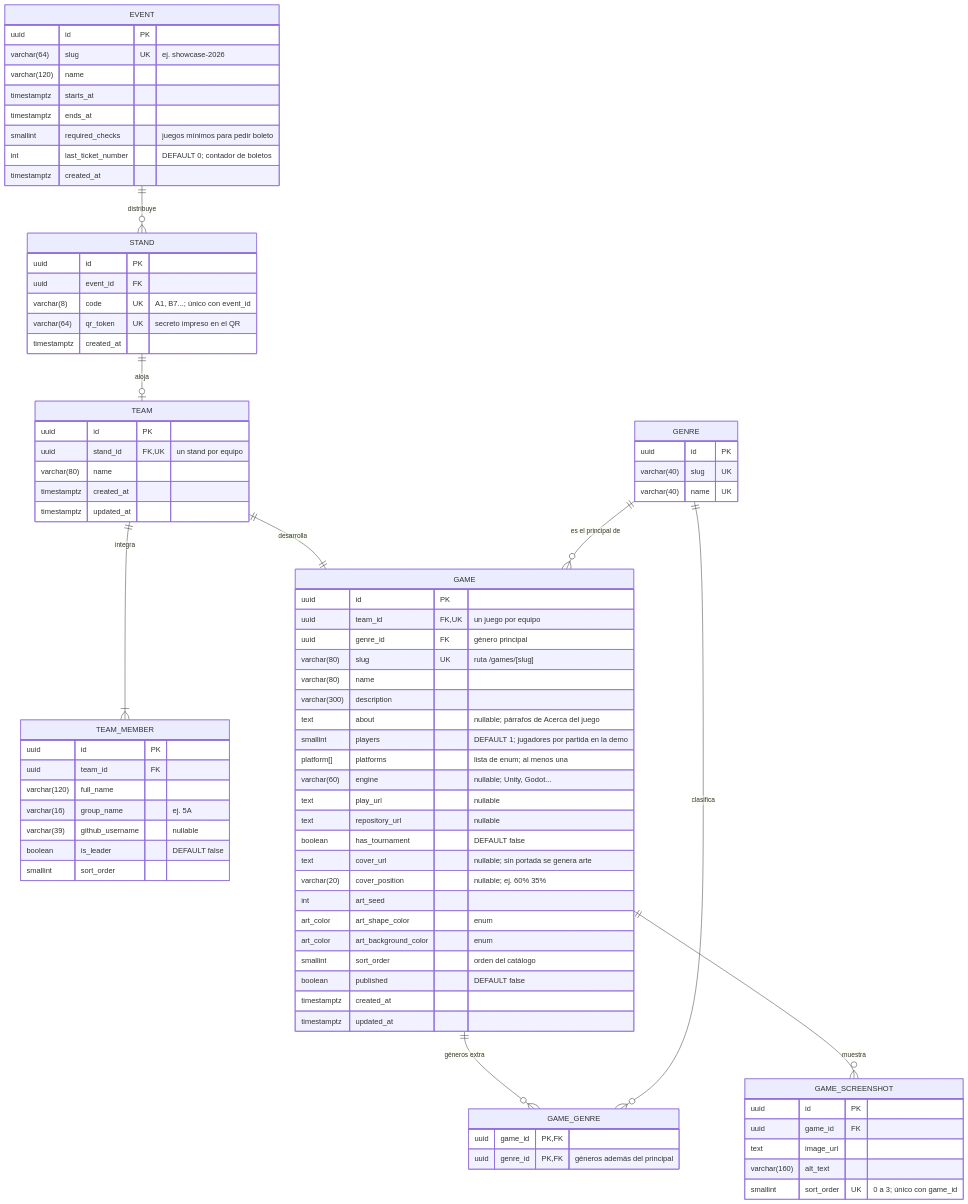
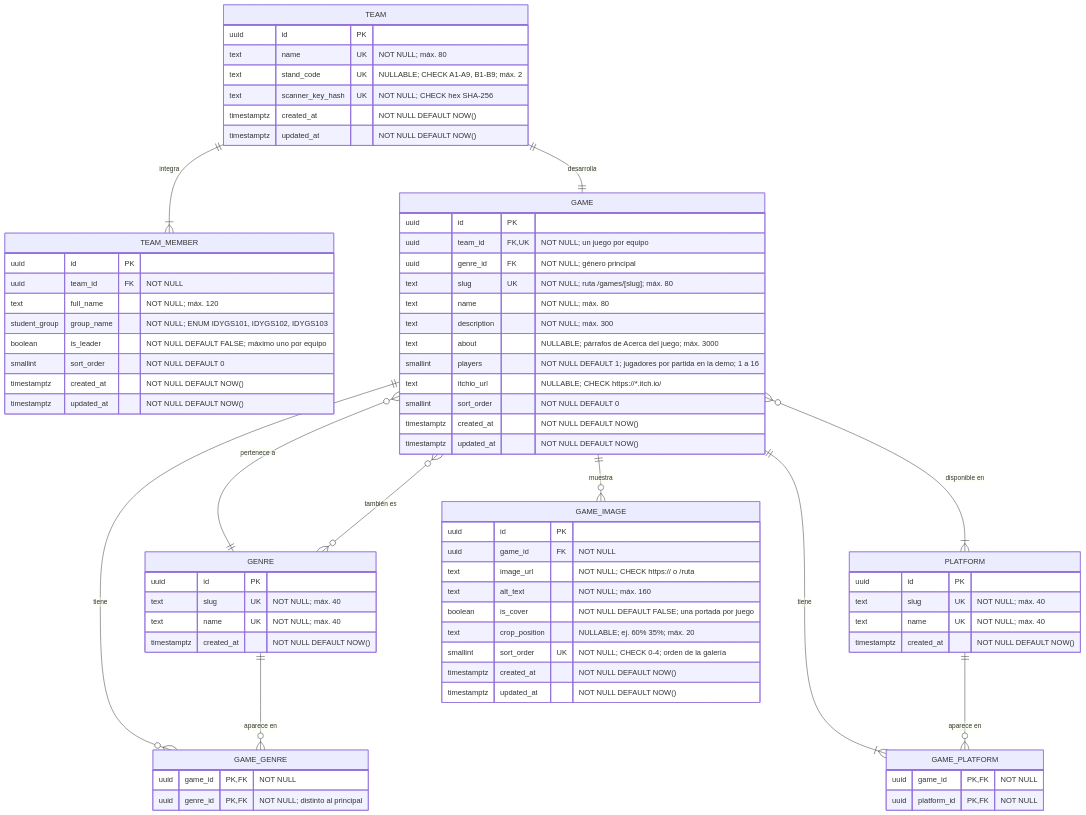
Before and after one commit to ikabeee/ut-e3: the second of 3 diagrams in docs/data-model.md, drawn with Mermaid. The commit also changed other lines of this file and 37 other files, not shown here.

````diff
--- a/docs/data-model.md
+++ b/docs/data-model.md
@@ -77,85 +106,77 @@
 ```mermaid
 erDiagram
-    EVENT {
-        uuid id PK
-        varchar(64) slug UK "ej. showcase-2026"
-        varchar(120) name
-        timestamptz starts_at
-        timestamptz ends_at
-        smallint required_checks "juegos mínimos para pedir boleto"
-        int last_ticket_number "DEFAULT 0; contador de boletos"
-        timestamptz created_at
-    }
-    STAND {
-        uuid id PK
-        uuid event_id FK
-        varchar(8) code UK "A1, B7...; único con event_id"
-        varchar(64) qr_token UK "secreto impreso en el QR"
-        timestamptz created_at
-    }
+    TEAM ||--|{ TEAM_MEMBER : "integra"
+    TEAM ||--|| GAME : "desarrolla"
+    GAME }o--|| GENRE : "pertenece a"
+    GAME }o--o{ GENRE : "también es"
+    GAME ||--o{ GAME_GENRE : "tiene"
+    GENRE ||--o{ GAME_GENRE : "aparece en"
+    GAME }o--|{ PLATFORM : "disponible en"
+    GAME ||--|{ GAME_PLATFORM : "tiene"
+    PLATFORM ||--o{ GAME_PLATFORM : "aparece en"
+    GAME ||--o{ GAME_IMAGE : "muestra"
+
     TEAM {
         uuid id PK
-        uuid stand_id FK, UK "un stand por equipo"
-        varchar(80) name
-        timestamptz created_at
-        timestamptz updated_at
+        text name UK "NOT NULL; máx. 80"
+        text stand_code UK "NULLABLE; CHECK A1-A9, B1-B9; máx. 2"
+        text scanner_key_hash UK "NOT NULL; CHECK hex SHA-256"
+        timestamptz created_at "NOT NULL DEFAULT NOW()"
+        timestamptz updated_at "NOT NULL DEFAULT NOW()"
     }
     TEAM_MEMBER {
         uuid id PK
-        uuid team_id FK
-        varchar(120) full_name
-        varchar(16) group_name "ej. 5A"
-        varchar(39) github_username "nullable"
-        boolean is_leader "DEFAULT false"
-        smallint sort_order
+        uuid team_id FK "NOT NULL"
+        text full_name "NOT NULL; máx. 120"
+        student_group group_name "NOT NULL; ENUM IDYGS101, IDYGS102, IDYGS103"
+        boolean is_leader "NOT NULL DEFAULT FALSE; máximo uno por equipo"
+        smallint sort_order "NOT NULL DEFAULT 0"
+        timestamptz created_at "NOT NULL DEFAULT NOW()"
+        timestamptz updated_at "NOT NULL DEFAULT NOW()"
     }
     GAME {
         uuid id PK
-        uuid team_id FK, UK "un juego por equipo"
-        uuid genre_id FK "género principal"
-        varchar(80) slug UK "ruta /games/[slug]"
-        varchar(80) name
-        varchar(300) description
-        text about "nullable; párrafos de Acerca del juego"
-        smallint players "DEFAULT 1; jugadores por partida en la demo"
-        platform[] platforms "lista de enum; al menos una"
-        varchar(60) engine "nullable; Unity, Godot..."
-        text play_url "nullable"
-        text repository_url "nullable"
-        boolean has_tournament "DEFAULT false"
-        text cover_url "nullable; sin portada se genera arte"
-        varchar(20) cover_position "nullable; ej. 60% 35%"
-        int art_seed
-        art_color art_shape_color "enum"
-        art_color art_background_color "enum"
-        smallint sort_order "orden del catálogo"
-        boolean published "DEFAULT false"
-        timestamptz created_at
-        timestamptz updated_at
+        uuid team_id FK, UK "NOT NULL; un juego por equipo"
+        uuid genre_id FK "NOT NULL; género principal"
+        text slug UK "NOT NULL; ruta /games/[slug]; máx. 80"
+        text name "NOT NULL; máx. 80"
+        text description "NOT NULL; máx. 300"
+        text about "NULLABLE; párrafos de Acerca del juego; máx. 3000"
+        smallint players "NOT NULL DEFAULT 1; jugadores por partida en la demo; 1 a 16"
+        text itchio_url "NULLABLE; CHECK https://*.itch.io/"
+        smallint sort_order "NOT NULL DEFAULT 0"
+        timestamptz created_at "NOT NULL DEFAULT NOW()"
+        timestamptz updated_at "NOT NULL DEFAULT NOW()"
     }
     GENRE {
         uuid id PK
-        varchar(40) slug UK
-        varchar(40) name UK
+        text slug UK "NOT NULL; máx. 40"
+        text name UK "NOT NULL; máx. 40"
+        timestamptz created_at "NOT NULL DEFAULT NOW()"
     }
     GAME_GENRE {
-        uuid game_id PK, FK
-        uuid genre_id PK, FK "géneros además del principal"
+        uuid game_id PK, FK "NOT NULL"
+        uuid genre_id PK, FK "NOT NULL; distinto al principal"
     }
-    GAME_SCREENSHOT {
+    PLATFORM {
         uuid id PK
-        uuid game_id FK
-        text image_url
-        varchar(160) alt_text
-        smallint sort_order UK "0 a 3; único con game_id"
+        text slug UK "NOT NULL; máx. 40"
+        text name UK "NOT NULL; máx. 40"
+        timestamptz created_at "NOT NULL DEFAULT NOW()"
     }
-
-    EVENT ||--o{ STAND : "distribuye"
-    STAND ||--o| TEAM : "aloja"
-    TEAM ||--|{ TEAM_MEMBER : "integra"
-    TEAM ||--|| GAME : "desarrolla"
-    GENRE ||--o{ GAME : "es el principal de"
-    GAME ||--o{ GAME_GENRE : "géneros extra"
-    GENRE ||--o{ GAME_GENRE : "clasifica"
-    GAME ||--o{ GAME_SCREENSHOT : "muestra"
+    GAME_PLATFORM {
+        uuid game_id PK, FK "NOT NULL"
+        uuid platform_id PK, FK "NOT NULL"
+    }
+    GAME_IMAGE {
+        uuid id PK
+        uuid game_id FK "NOT NULL"
+        text image_url "NOT NULL; CHECK https:// o /ruta"
+        text alt_text "NOT NULL; máx. 160"
+        boolean is_cover "NOT NULL DEFAULT FALSE; una portada por juego"
+        text crop_position "NULLABLE; ej. 60% 35%; máx. 20"
+        smallint sort_order UK "NOT NULL; CHECK 0-4; orden de la galería"
+        timestamptz created_at "NOT NULL DEFAULT NOW()"
+        timestamptz updated_at "NOT NULL DEFAULT NOW()"
+    }
 ```
````
